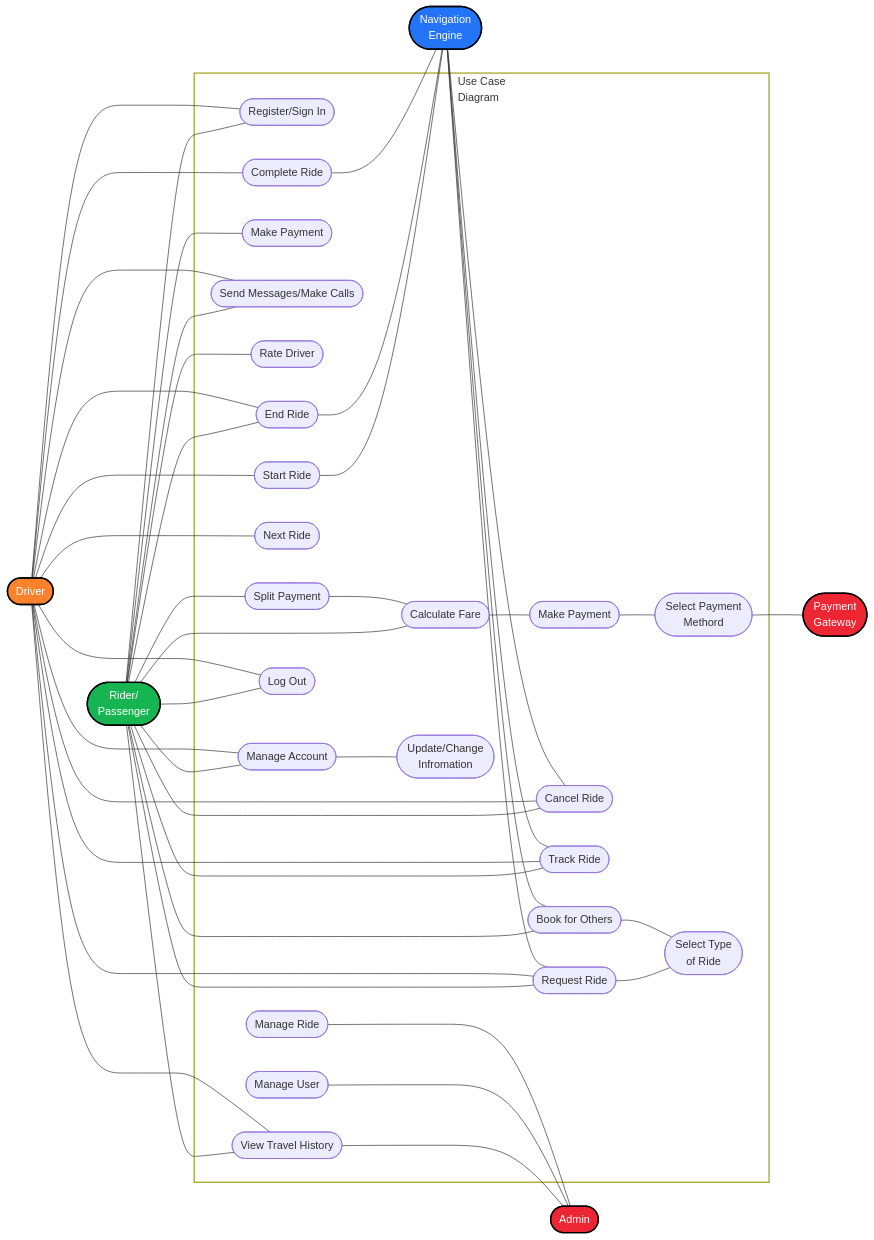
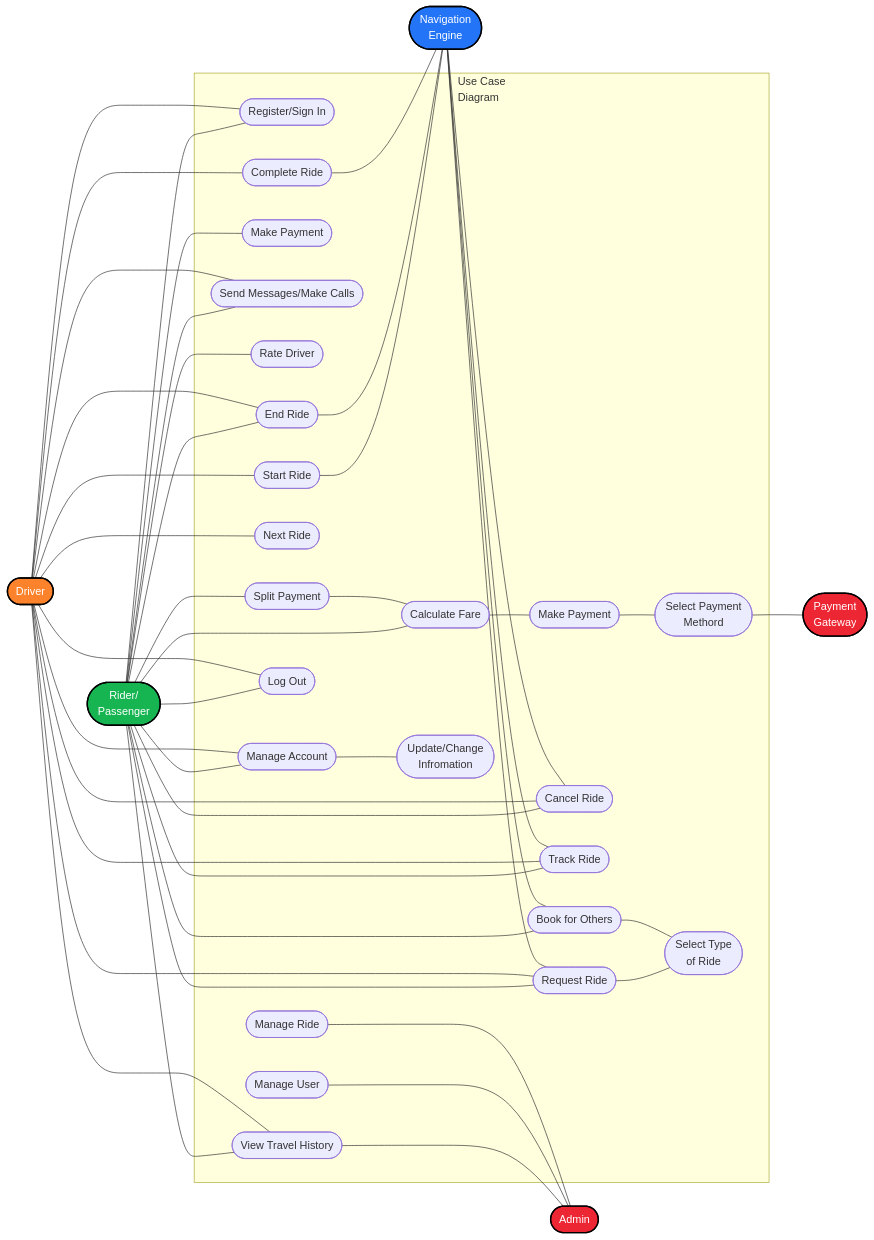
One commit to vividblueprint/GitLearn changed the first of 5 diagrams in README.md. Above: the diagram before and after it, drawn with Mermaid.

````diff
--- a/README.md
+++ b/README.md
@@ -1,56 +1,55 @@
 ```mermaid
     graph LR;
     A([Rider/\nPassenger]):::green;
     B([Driver]):::orange;
     C([Navigation\nEngine]):::blue;
     D([Admin]):::red;
     E([Payment\nGateway]):::red;
     A --- 1([Register/Sign In])
     B ---- 1
     A --- 2([Manage Account])---2.1([Update/Change\nInfromation])
     B ---- 2
     A --- 3([Request Ride])---3.1([Select Type\nof Ride])
     B ---- 3
     C --- 3
     A --- 4([Cancel Ride])
     B ---- 4
     C --- 4
     A --- 5([Track Ride])
     B ---- 5
     C---5
     A --- 6([Make Payment])
     A --- 7([Send Messages/Make Calls])
     B ---- 7
     A --- 8([Rate Driver])
     A --- 9([View Travel History])
     9 ---- D
     B ---- 9
     A --- 10([Calculate Fare])---11([Make Payment])---12([Select Payment\nMethord])
     12 --- E
     A --- 13([Split Payment])---10
     B --- 14([Next Ride])
     A --- 15([Book for Others]) ---3.1
     C --- 15
     B ---- 16([Start Ride])
     16 --- C
     A --- 17([End Ride])
     B ---- 17
     17 --- C
     A --- 18([Log Out])
     B ---- 18
     B --- 19([Complete Ride])
     19 --- C
     20([Manage User])----D
     21([Manage Ride])----D
     %%A --> 16([ ])
     classDef blue fill:#2374f7,stroke:#000,stroke-width:2px,color:#fff;
     classDef orange fill:#fc822b,stroke:#000,stroke-width:2px,color:#fff;
     classDef green fill:#16b552,stroke:#000,stroke-width:2px,color:#fff;
     classDef red fill:#ed2633,stroke:#000,stroke-width:2px,color:#fff;
     classDef none fill:#none,stroke:#000,stroke-width:2px,color:#fff;
     subgraph USE[Use Case\nDiagram];
-    style USE  fill:none,stroke:#f0000,stroke-width:2px;
     1;2;2.1;3;3.1;4;5;6;7;8;9;10;11;12;13;14;15;16;17;18;19;20;21
     end
 
 ```
````
